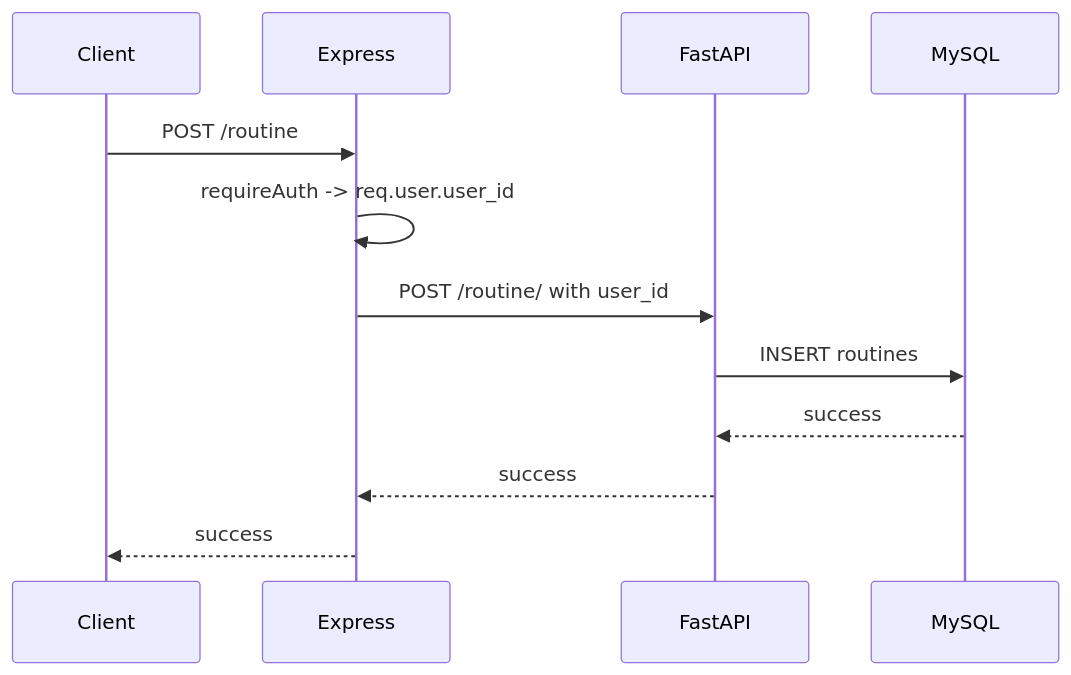
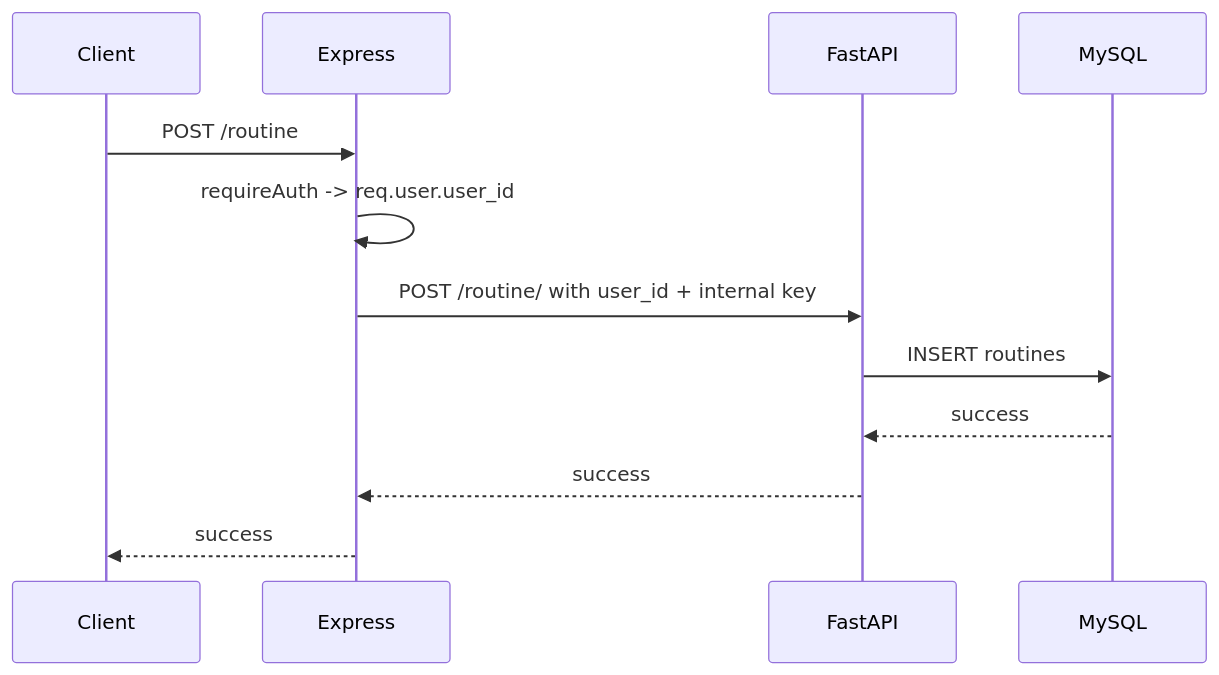
Before and after one commit to junseoja/capston: the eighth of 16 diagrams in docs/architecture-overview.md, drawn with Mermaid. The commit also changed other lines of this file and 20 other files, not shown here.

````diff
--- a/docs/architecture-overview.md
+++ b/docs/architecture-overview.md
@@ -240,15 +345,15 @@
 ```mermaid
 sequenceDiagram
     participant C as Client
     participant E as Express
     participant F as FastAPI
     participant D as MySQL
 
     C->>E: POST /routine
     E->>E: requireAuth -> req.user.user_id
-    E->>F: POST /routine/ with user_id
+    E->>F: POST /routine/ with user_id + internal key
     F->>D: INSERT routines
     D-->>F: success
     F-->>E: success
     E-->>C: success
 ```
````
